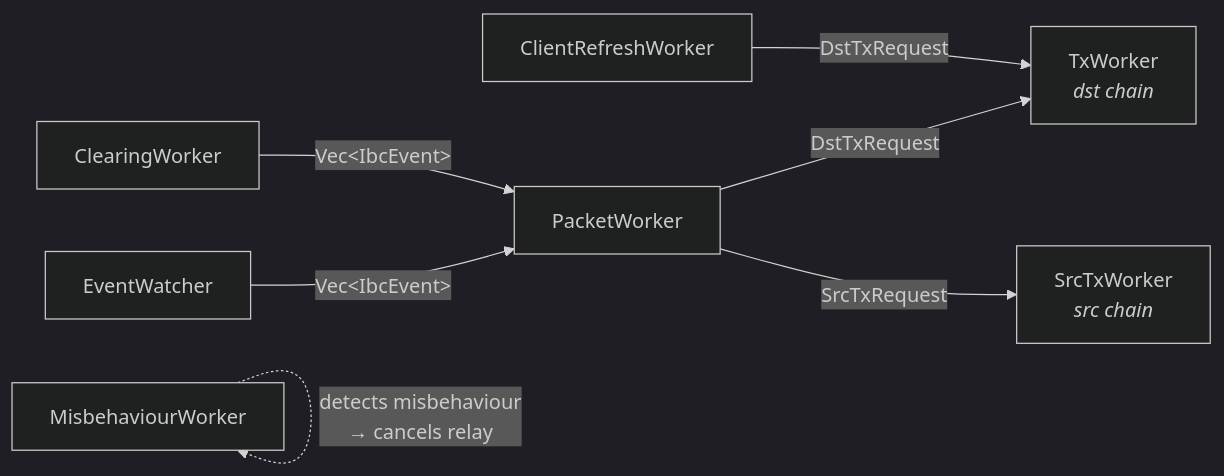
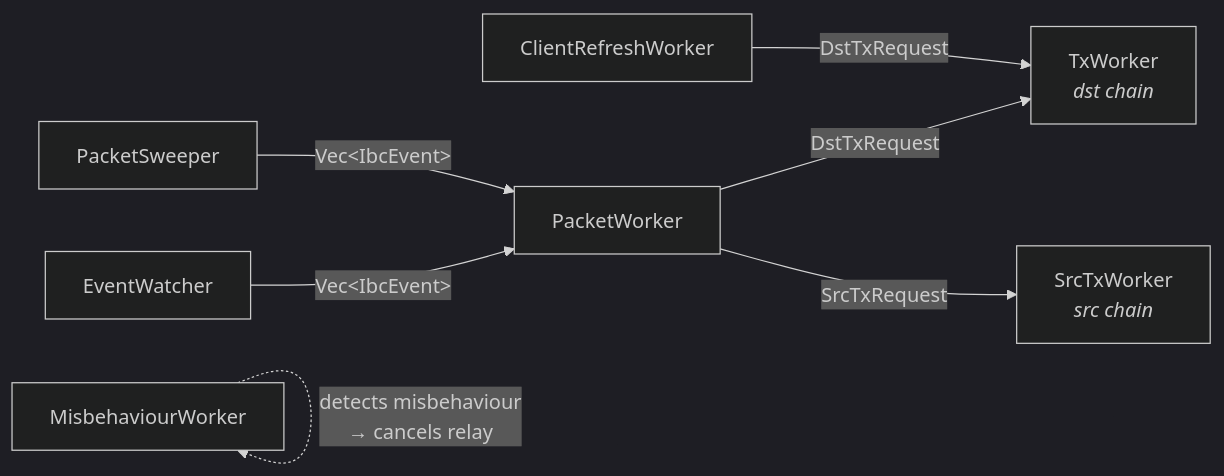
Before and after one commit to vaporif/mercury: the second of 2 diagrams in docs/architecture.md, drawn with Mermaid (dark theme). The commit also changed other lines of this file and 6 other files, not shown here.

Commit message:
rename clearing worker to packet sweeper

````diff
--- a/docs/architecture.md
+++ b/docs/architecture.md
@@ -237,17 +237,17 @@
 ```mermaid
 graph LR
     EW[EventWatcher]
-    CW[ClearingWorker]
+    CW[PacketSweeper]
     PW[PacketWorker]
     TW[TxWorker<br/><i>dst chain</i>]
     STW[SrcTxWorker<br/><i>src chain</i>]
     CRW[ClientRefreshWorker]
     MW[MisbehaviourWorker]
 
     EW -- "Vec&lt;IbcEvent&gt;" --> PW
     CW -- "Vec&lt;IbcEvent&gt;" --> PW
     PW -- DstTxRequest --> TW
     PW -- SrcTxRequest --> STW
     CRW -- DstTxRequest --> TW
     MW -. "detects misbehaviour<br/>→ cancels relay" .-> MW
 ```
````
